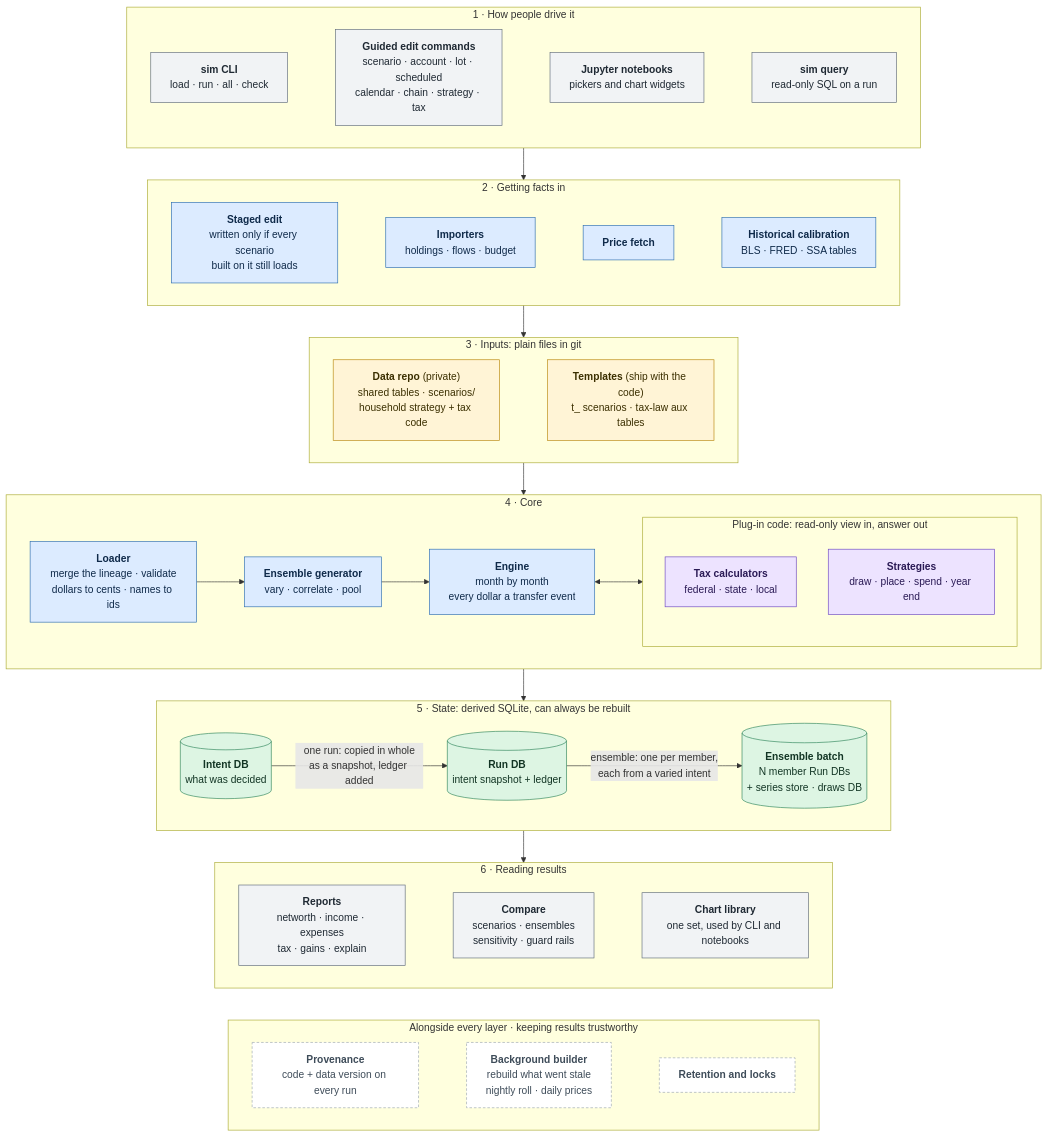
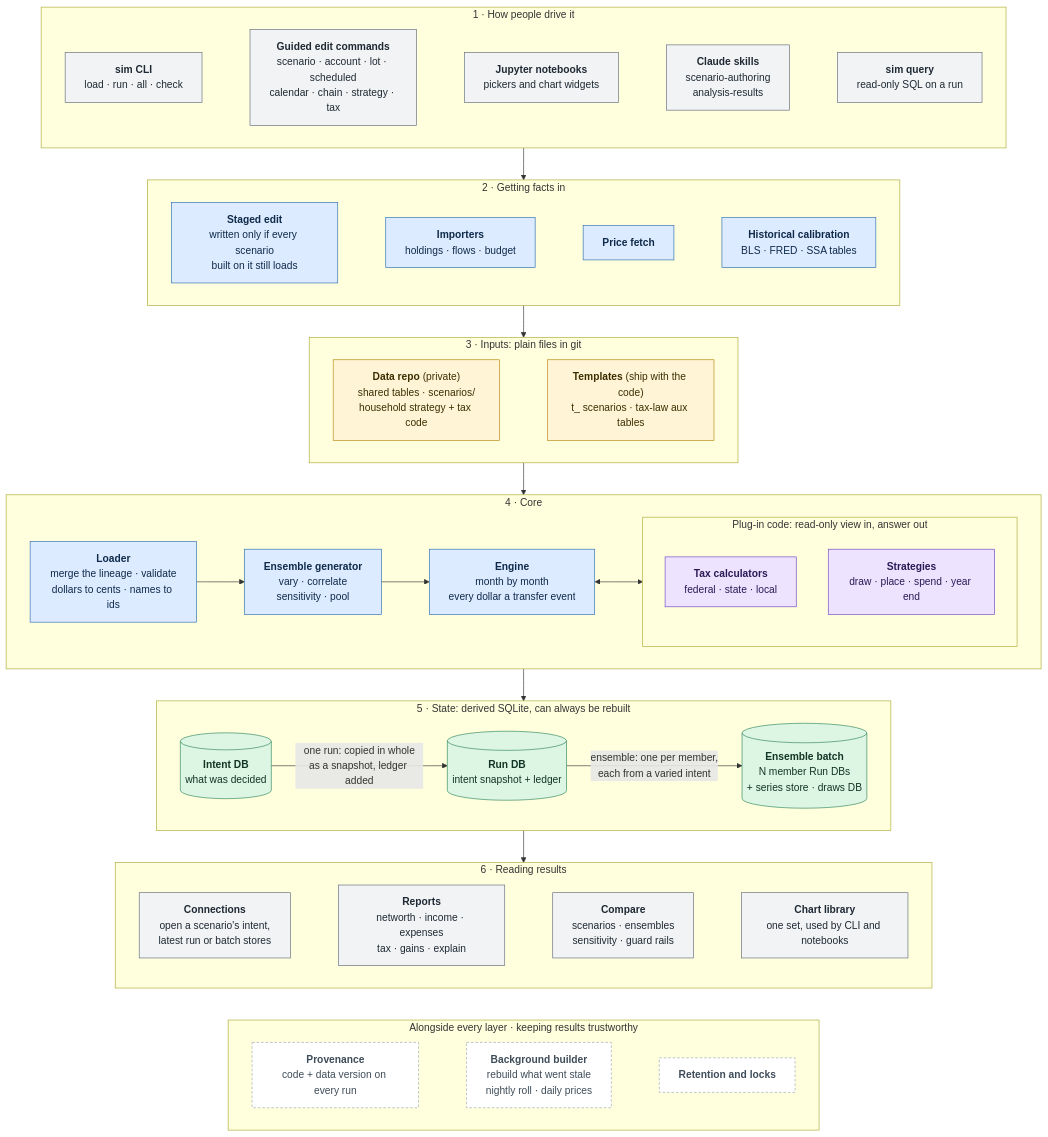
Before and after one commit to BobKerns/analysis: the first of 13 diagrams in docs/architecture/README.md, drawn with Mermaid. The commit also changed other lines of this file, not shown here.

First line of the commit message:
Architecture README: inputs, ensemble batches, file tables, a worked merge

```diff
--- a/docs/architecture/README.md
+++ b/docs/architecture/README.md
@@ -52,10 +57,11 @@
 flowchart TB
   subgraph UI["1 · How people drive it"]
     direction LR
-    cli ~~~ edit ~~~ nb ~~~ sql
+    cli ~~~ edit ~~~ nb ~~~ skills ~~~ sql
     cli["<b>sim CLI</b><br/>load · run · all · check"]
     edit["<b>Guided edit commands</b><br/>scenario · account · lot · scheduled<br/>calendar · chain · strategy · tax"]
     nb["<b>Jupyter notebooks</b><br/>pickers and chart widgets"]
+    skills["<b>Claude skills</b><br/>scenario-authoring<br/>analysis-results"]
     sql["<b>sim query</b><br/>read-only SQL on a run"]
   end
 
@@ -78,7 +84,7 @@
   subgraph CORE["4 · Core"]
     direction LR
     loader["<b>Loader</b><br/>merge the lineage · validate<br/>dollars to cents · names to ids"]
-    ens["<b>Ensemble generator</b><br/>vary · correlate · pool"]
+    ens["<b>Ensemble generator</b><br/>vary · correlate<br/>sensitivity · pool"]
     engine["<b>Engine</b><br/>month by month<br/>every dollar a transfer event"]
     subgraph PLUG["Plug-in code: read-only view in, answer out"]
       direction TB
@@ -98,7 +104,8 @@
 
   subgraph OUT["6 · Reading results"]
     direction LR
-    reports ~~~ compare ~~~ charts
+    connections ~~~ reports ~~~ compare ~~~ charts
+    connections["<b>Connections</b><br/>open a scenario's intent,<br/>latest run or batch stores"]
     reports["<b>Reports</b><br/>networth · income · expenses<br/>tax · gains · explain"]
     compare["<b>Compare</b><br/>scenarios · ensembles<br/>sensitivity · guard rails"]
     charts["<b>Chart library</b><br/>one set, used by CLI and notebooks"]
@@ -121,12 +128,12 @@
   STORE --> OUT
   OUT ~~~ OPS
 
-  class cli,edit,nb,sql out
+  class cli,edit,nb,skills,sql out
   class staging,imp,prices,hist,loader,ens,engine proc
   class data,tmpl input
   class tax,strategies code
   class intent,run,batch store
-  class reports,compare,charts out
+  class connections,reports,compare,charts out
   class prov,builder,ret note
   classDef input fill:#FFF4D6,stroke:#B8860B,color:#3b2f00
   classDef code fill:#EDE3FF,stroke:#6B46C1,color:#2a1a55
```
